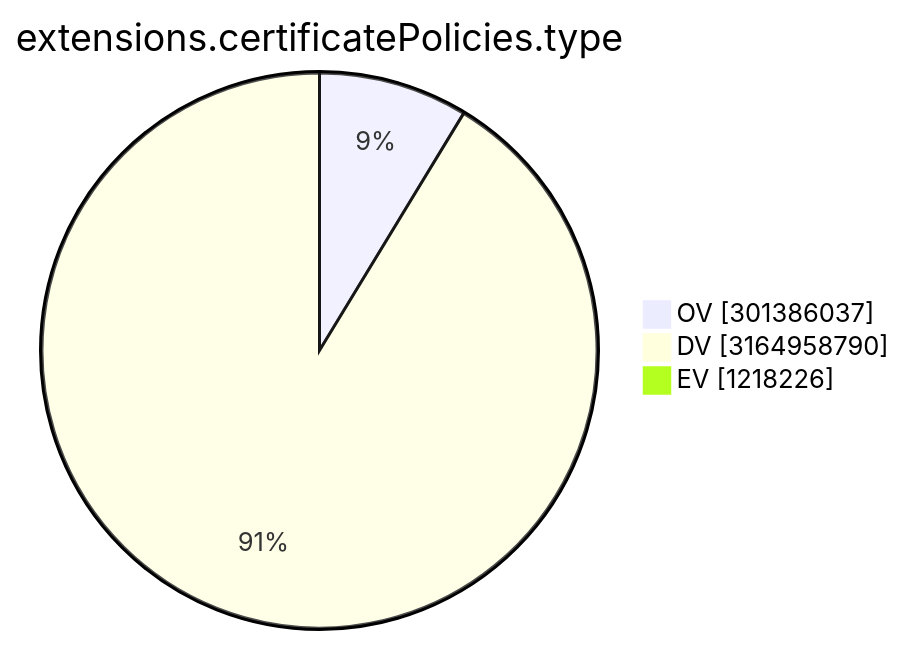
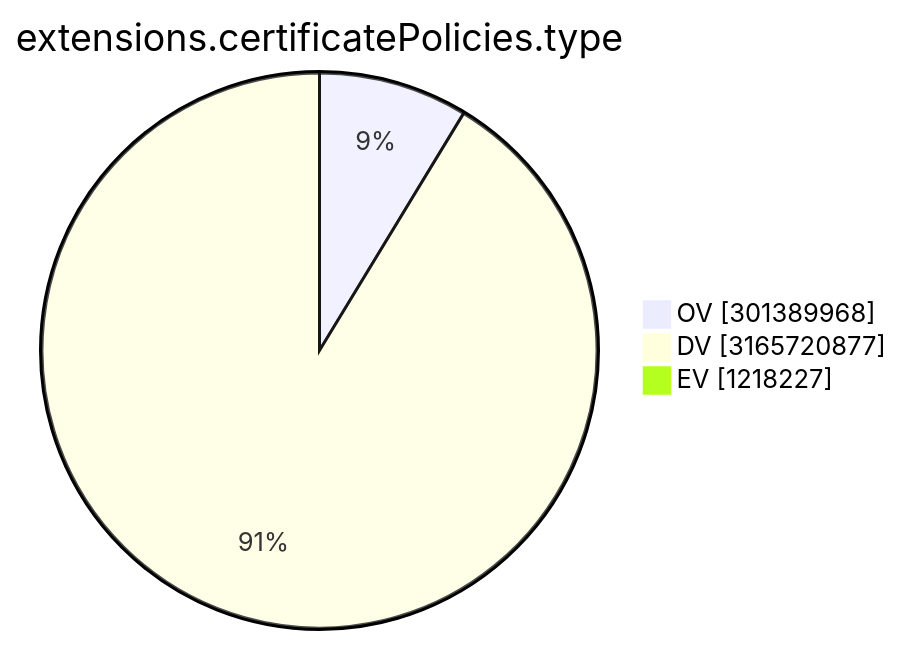
The ninth of 15 diagrams in TOTAL/README.md (christiankrug/ctmonitor_visualization), drawn with Mermaid before and after one commit. The commit also changed other lines of this file, not shown here.

````diff
--- a/TOTAL/README.md
+++ b/TOTAL/README.md
@@ -3105,7 +3105,7 @@
 ```mermaid
 pie showData
 title extensions.certificatePolicies.type
-"OV" :301386037
-"DV" :3164958790
-"EV" :1218226
+"OV" :301389968
+"DV" :3165720877
+"EV" :1218227
 ```
````
